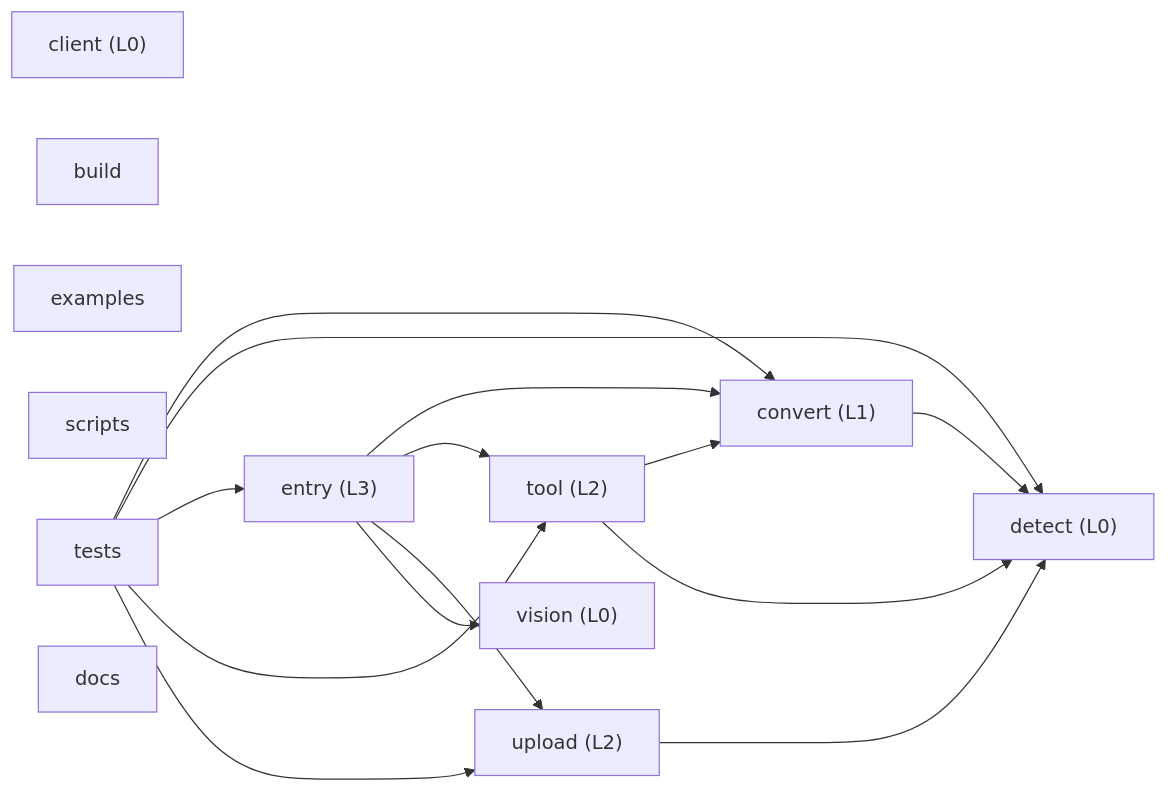
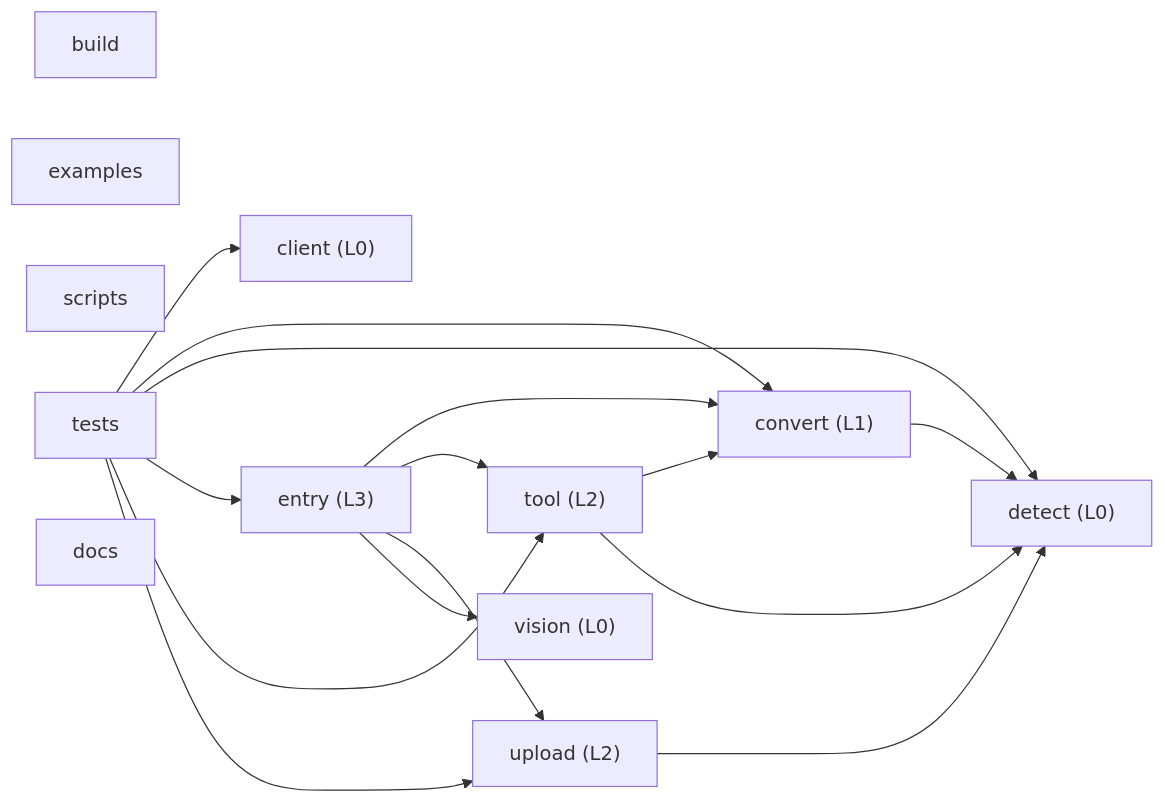
Before and after one commit to HongMing-Huang/dsh-file-upload: the diagram in ARCHITECTURE.md, drawn with Mermaid. The commit also changed other lines of this file and 8 other files, not shown here.

````diff
--- a/ARCHITECTURE.md
+++ b/ARCHITECTURE.md
@@ -79,28 +79,29 @@
 ```mermaid
 graph LR
   convert["convert (L1)"]
   upload["upload (L2)"]
   detect["detect (L0)"]
   vision["vision (L0)"]
   entry["entry (L3)"]
   tool["tool (L2)"]
   client["client (L0)"]
   build["build"]
   examples["examples"]
   scripts["scripts"]
   tests["tests"]
   docs["docs"]
   convert --> detect
   upload --> detect
   entry --> convert
   entry --> tool
   entry --> upload
   entry --> vision
   tool --> convert
   tool --> detect
+  tests --> client
   tests --> convert
   tests --> detect
   tests --> entry
   tests --> tool
   tests --> upload
 ```
````
